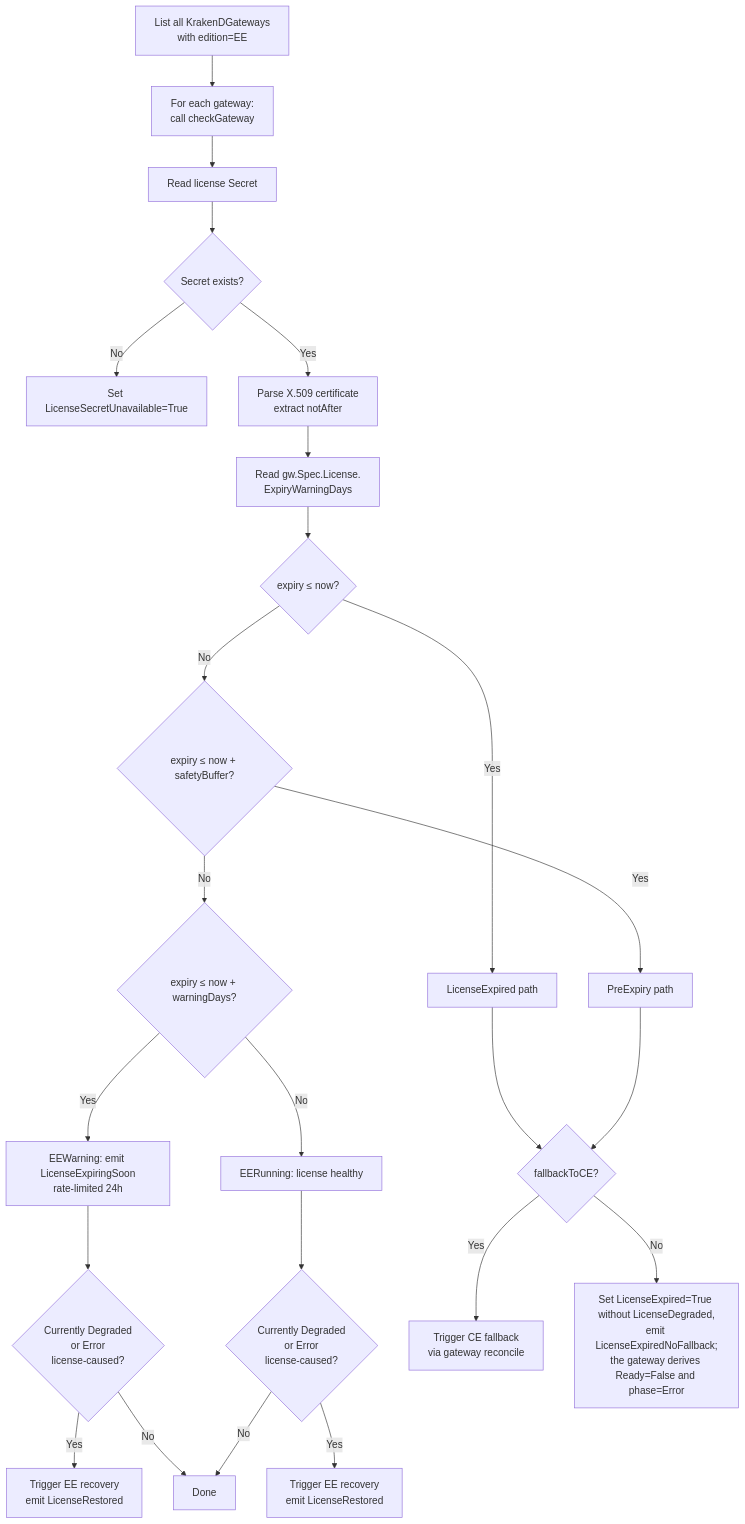
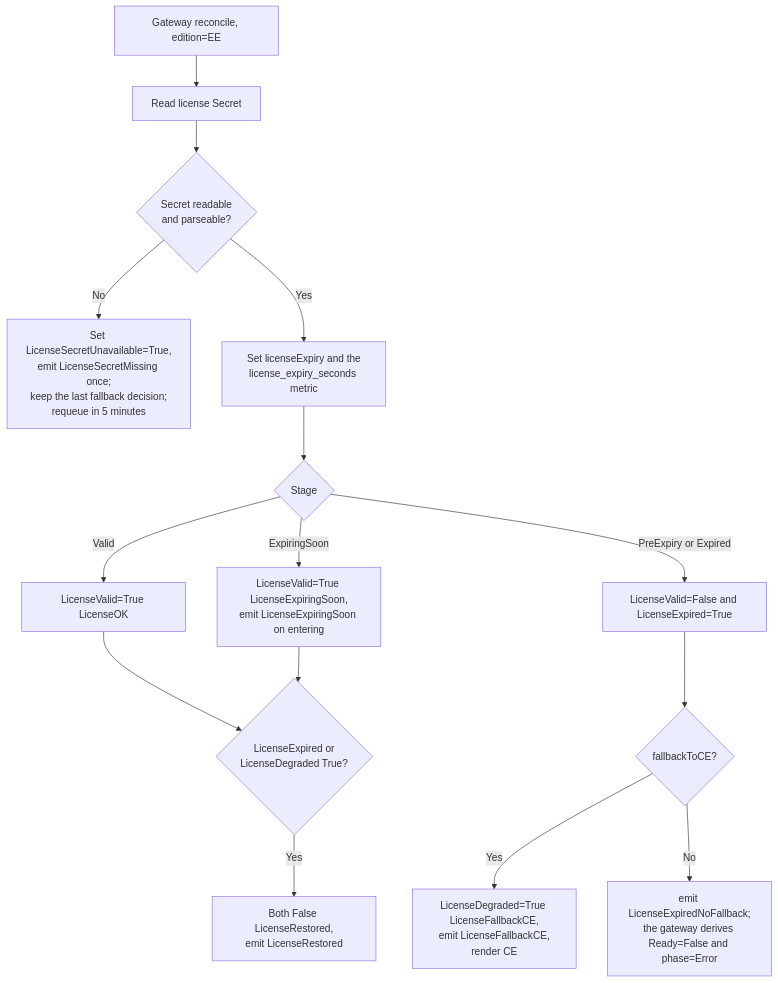
Before and after one commit to MyCarrier-DevOps/KrakenD-Operator: the seventh of 10 diagrams in architecture/application/application-architecture.md, drawn with Mermaid. The commit also changed other lines of this file, not shown here.

Commit message:
docs(application-architecture): swap license monitor for in-reconcile

````diff
--- a/architecture/application/application-architecture.md
+++ b/architecture/application/application-architecture.md
@@ -1398,26 +1360,17 @@
 ```mermaid
 flowchart TD
-    A[List all KrakenDGateways<br/>with edition=EE] --> B[For each gateway:<br/>call checkGateway]
-    B --> C[Read license Secret]
-    C --> D{Secret exists?}
-    D -->|No| E[Set LicenseSecretUnavailable=True]
-    D -->|Yes| F[Parse X.509 certificate<br/>extract notAfter]
-    F --> F1[Read gw.Spec.License.<br/>ExpiryWarningDays]
-    F1 --> G{expiry ≤ now?}
-    G -->|Yes| H[LicenseExpired path]
-    G -->|No| I{expiry ≤ now + safetyBuffer?}
-    I -->|Yes| J[PreExpiry path]
-    I -->|No| K{expiry ≤ now + warningDays?}
-    K -->|Yes| L[EEWarning: emit LicenseExpiringSoon<br/>rate-limited 24h]
-    L --> L1{Currently Degraded<br/>or Error<br/>license-caused?}
-    L1 -->|Yes| L2[Trigger EE recovery<br/>emit LicenseRestored]
-    L1 -->|No| DONE[Done]
-    K -->|No| M[EERunning: license healthy]
-    M --> M1{Currently Degraded<br/>or Error<br/>license-caused?}
-    M1 -->|Yes| M2[Trigger EE recovery<br/>emit LicenseRestored]
-    M1 -->|No| DONE
+    A[Gateway reconcile, edition=EE] --> C[Read license Secret]
+    C --> D{Secret readable<br/>and parseable?}
+    D -->|No| E[Set LicenseSecretUnavailable=True,<br/>emit LicenseSecretMissing once;<br/>keep the last fallback decision;<br/>requeue in 5 minutes]
+    D -->|Yes| F[Set licenseExpiry and the<br/>license_expiry_seconds metric]
+    F --> G{Stage}
+    G -->|Valid| M[LicenseValid=True LicenseOK]
+    G -->|ExpiringSoon| L[LicenseValid=True LicenseExpiringSoon,<br/>emit LicenseExpiringSoon on entering]
+    M --> R{LicenseExpired or<br/>LicenseDegraded True?}
+    L --> R
+    R -->|Yes| R1[Both False LicenseRestored,<br/>emit LicenseRestored]
+    G -->|PreExpiry or Expired| H[LicenseValid=False and LicenseExpired=True]
     H --> N{fallbackToCE?}
-    J --> N
-    N -->|Yes| O[Trigger CE fallback<br/>via gateway reconcile]
-    N -->|No| P[Set LicenseExpired=True without LicenseDegraded,<br/>emit LicenseExpiredNoFallback;<br/>the gateway derives Ready=False and phase=Error]
+    N -->|Yes| O[LicenseDegraded=True LicenseFallbackCE,<br/>emit LicenseFallbackCE,<br/>render CE]
+    N -->|No| P[emit LicenseExpiredNoFallback;<br/>the gateway derives Ready=False and phase=Error]
 ```
````
